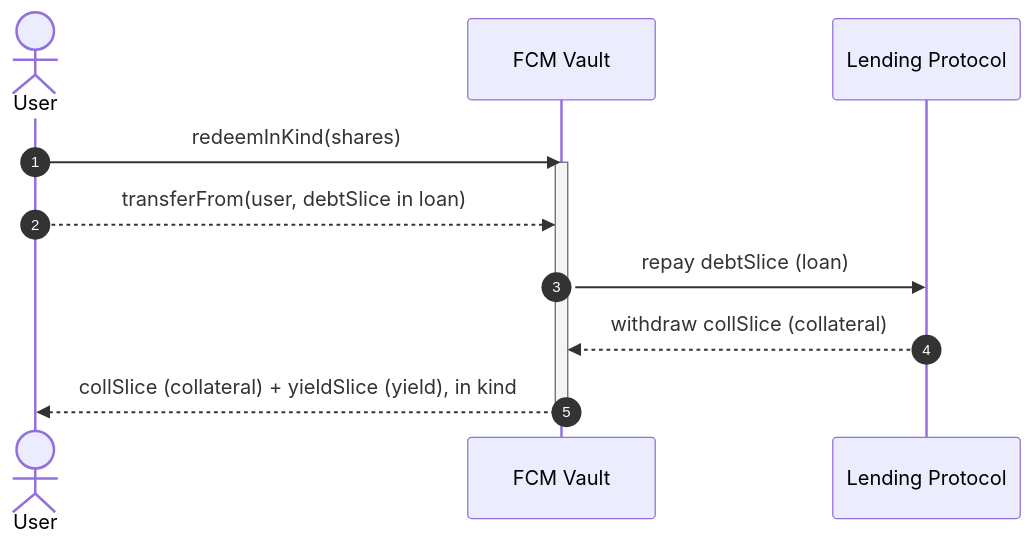
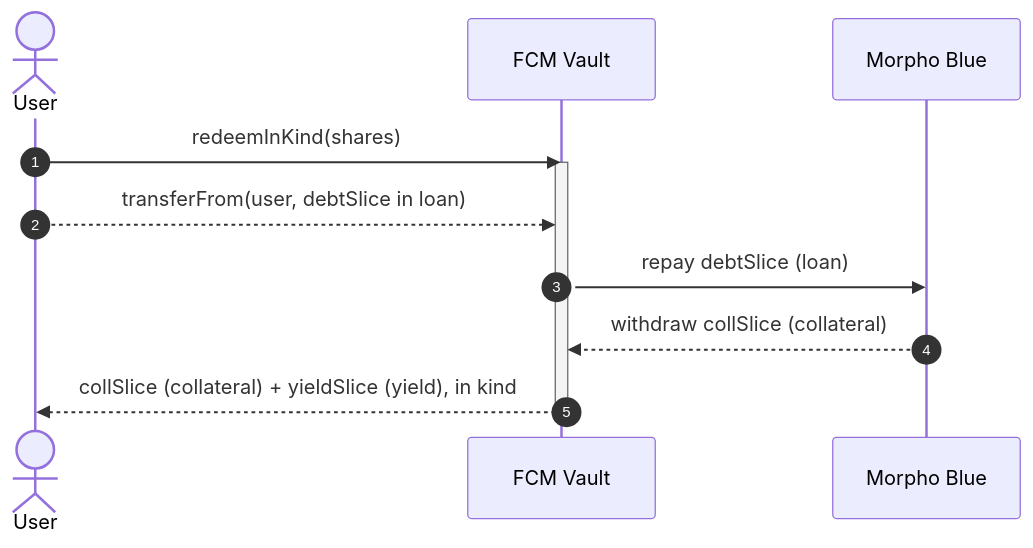
One commit to onflow/fcm-core changed the first of 2 diagrams in docs/architecture.md. Above: the diagram before and after it, drawn with Mermaid. The commit also changed other lines of this file and 16 other files, not shown here.

````diff
--- a/docs/architecture.md
+++ b/docs/architecture.md
@@ -72,16 +122,16 @@
 ```mermaid
 sequenceDiagram
       autonumber
       actor User
       participant FCM as FCM Vault
-      participant Lender as Lending Protocol
+      participant Lender as Morpho Blue
 
       User->>FCM: redeemInKind(shares)
       activate FCM
       User-->>FCM: transferFrom(user, debtSlice in loan)
       FCM->>Lender: repay debtSlice (loan)
       Lender-->>FCM: withdraw collSlice (collateral)
 
       FCM-->>User: collSlice (collateral) + yieldSlice (yield), in kind
       deactivate FCM
 ```
````
